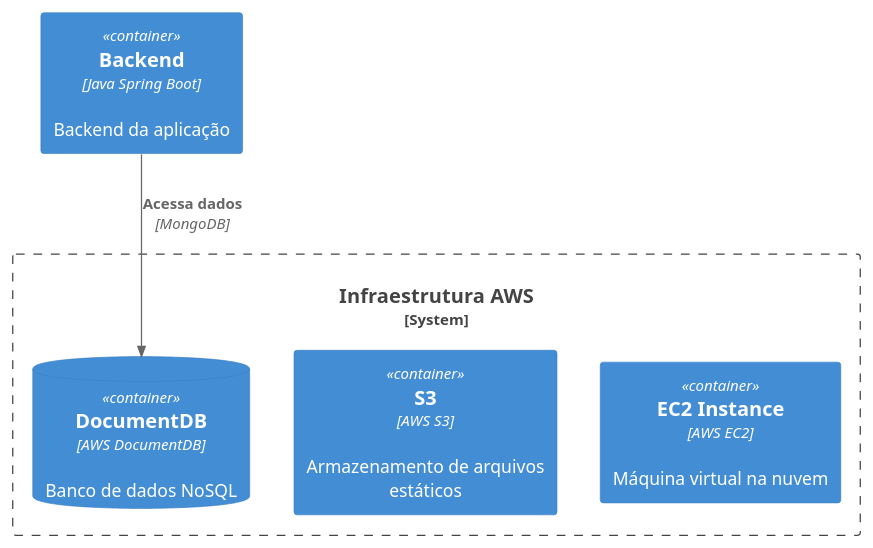
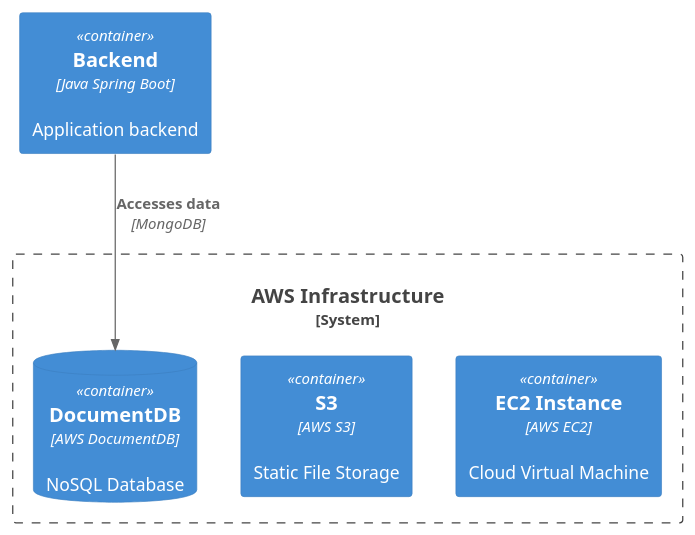
The diagram in docs/diagrams/infrastructure_level.puml (D0UGUR4SU/reminder), drawn with PlantUML before and after one commit. The commit also changed 2 other files, not shown here.

Commit message:
Changing diagrams to English

```diff
--- a/docs/diagrams/infrastructure_level.puml
+++ b/docs/diagrams/infrastructure_level.puml
@@ -1,13 +1,13 @@
 @startuml
 !include https://raw.githubusercontent.com/plantuml-stdlib/C4-PlantUML/master/C4_Container.puml
 
-Container(backend, "Backend", "Java Spring Boot", "Backend da aplicação")
-System_Boundary(Infraestrutura, "Infraestrutura AWS") {
-    Container(EC2, "EC2 Instance", "AWS EC2", "Máquina virtual na nuvem")
-    Container(S3, "S3", "AWS S3", "Armazenamento de arquivos estáticos")
-    ContainerDb(DocumentDB, "DocumentDB", "AWS DocumentDB", "Banco de dados NoSQL")
+Container(backend, "Backend", "Java Spring Boot", "Application backend")
+System_Boundary(Infrastructure, "AWS Infrastructure") {
+    Container(EC2, "EC2 Instance", "AWS EC2", "Cloud Virtual Machine")
+    Container(S3, "S3", "AWS S3", "Static File Storage")
+    ContainerDb(DocumentDB, "DocumentDB", "AWS DocumentDB", "NoSQL Database")
 
-    Rel(backend, DocumentDB, "Acessa dados", "MongoDB")
+    Rel(backend, DocumentDB, "Accesses data", "MongoDB")
 }
 
 @enduml
```
